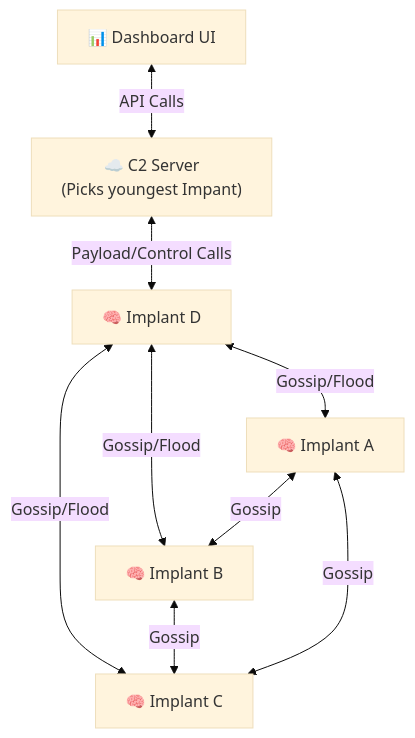
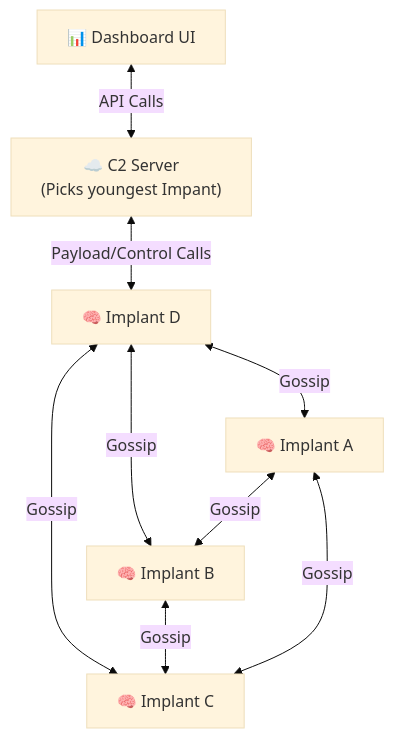
One commit to pratiksingh94/mesh-c2 changed the diagram in README.md. Above: the diagram before and after it, drawn with Mermaid (base theme). The commit also changed other lines of this file, not shown here.

`````diff
--- a/README.md
+++ b/README.md
@@ -165,22 +165,22 @@
 ```mermaid
 graph TD
     Dashboard["📊 Dashboard UI"]
     C2["☁️ C2 Server
     (Picks youngest Impant)"]
     A["🧠 Implant A"]
     B["🧠 Implant B"]
     C["🧠 Implant C"]
     D["🧠 Implant D"]
     
     Dashboard <--API Calls--> C2
 
     C2 <--Payload/Control Calls--> D
     
     
-    D <--Gossip/Flood--> A
-    D <--Gossip/Flood--> B
-    D <--Gossip/Flood--> C
+    D <--Gossip--> A
+    D <--Gossip--> B
+    D <--Gossip--> C
     A <--Gossip--> B
     B <--Gossip--> C
     C <--Gossip--> A
 ````
`````
